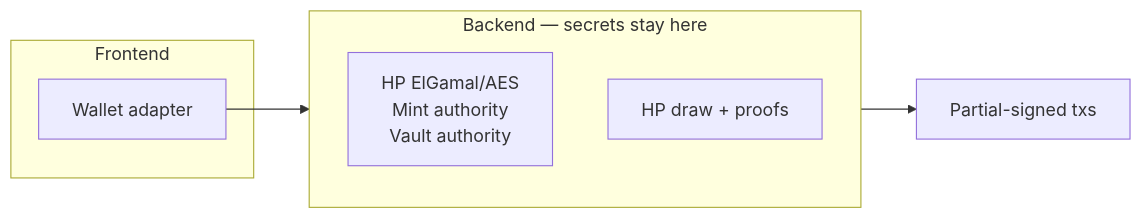
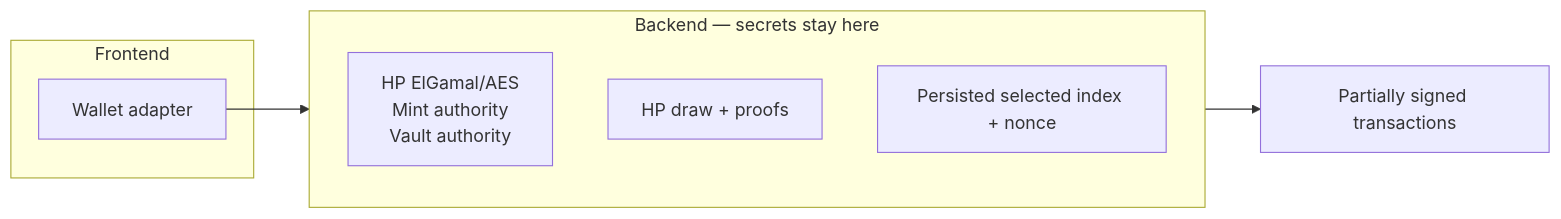
One commit to kilogold/confidential-pinata changed the first of 3 diagrams in docs/arbiter.md. Above: the diagram before and after it, drawn with Mermaid. The commit also changed other lines of this file and 8 other files, not shown here.

````diff
--- a/docs/arbiter.md
+++ b/docs/arbiter.md
@@ -11,12 +11,13 @@
 ```mermaid
 flowchart LR
   subgraph backend [Backend — secrets stay here]
     keys[HP ElGamal/AES<br/>Mint authority<br/>Vault authority]
-    draw[HP draw + proofs]
+    hp[HP draw + proofs]
+    raffle[Persisted selected index + nonce]
   end
   subgraph frontend [Frontend]
     ui[Wallet adapter]
   end
   ui --> backend
-  backend --> tx[Partial-signed txs]
+  backend --> tx[Partially signed transactions]
 ```
````
